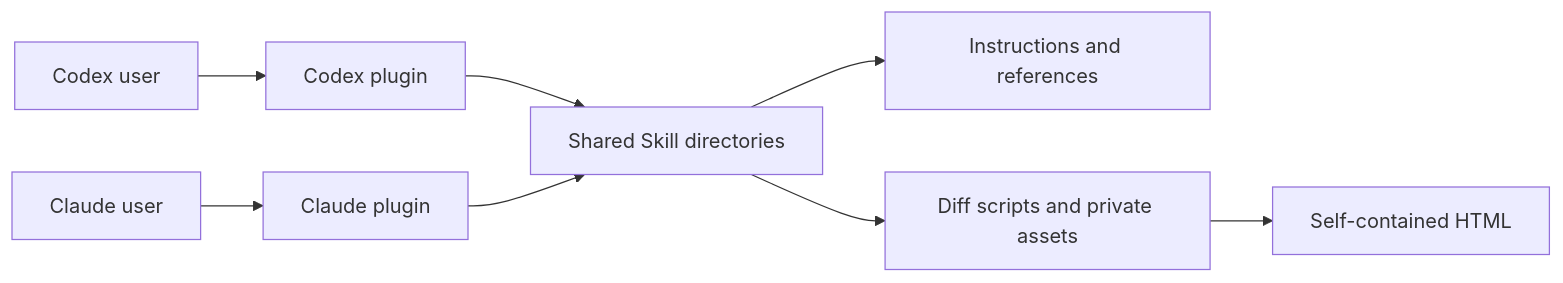
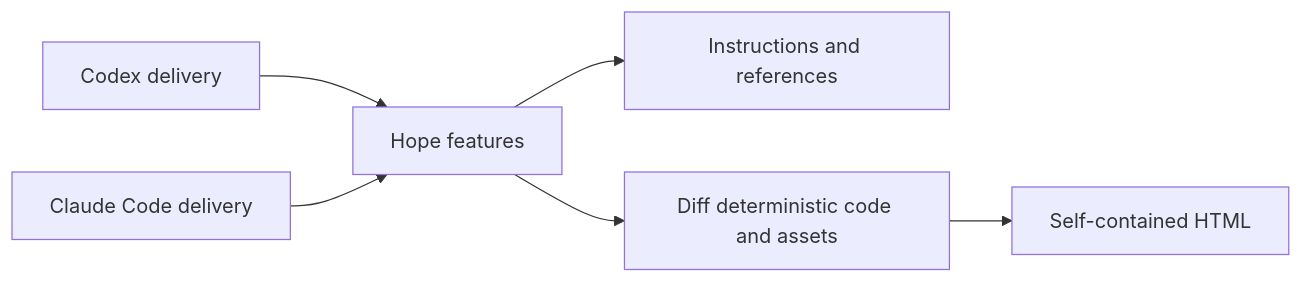
One commit to dkstm95/hope changed the diagram in docs/architecture.md. Above: the diagram before and after it, drawn with Mermaid. The commit also changed other lines of this file and 26 other files, not shown here.

Commit message:
docs: separate Hope features from delivery

````diff
--- a/docs/architecture.md
+++ b/docs/architecture.md
@@ -26,10 +28,8 @@
 ```mermaid
 flowchart LR
-  U1["Codex user"] --> C["Codex plugin"]
-  U2["Claude user"] --> L["Claude plugin"]
-  C --> S["Shared Skill directories"]
-  L --> S
-  S --> I["Instructions and references"]
-  S --> D["Diff scripts and private assets"]
+  C["Codex delivery"] --> F["Hope features"]
+  L["Claude Code delivery"] --> F
+  F --> I["Instructions and references"]
+  F --> D["Diff deterministic code and assets"]
   D --> H["Self-contained HTML"]
 ```
````
